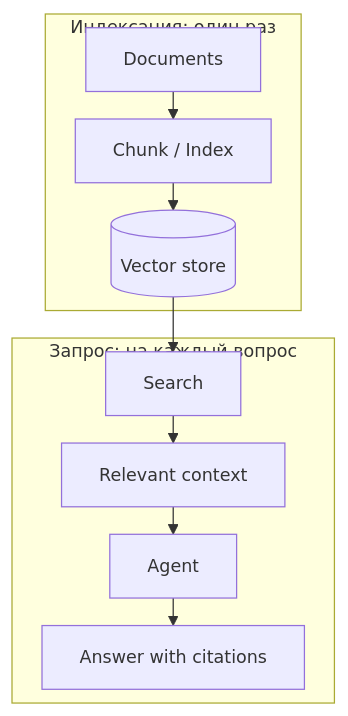
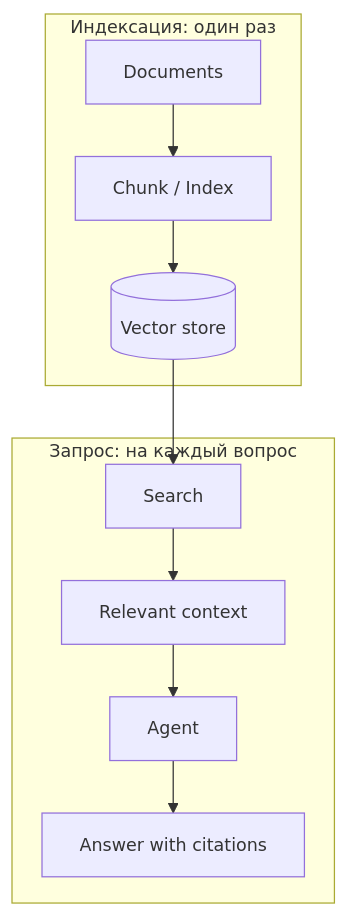
The diagram in docs/rag-lab.md (ertaipit-web/python-agent-workflow-course), drawn with Mermaid before and after one commit. The commit also changed 2 other files, not shown here.

Commit message:
Fix overlapping subgraph labels and oversized diagrams
RAG phase clusters collided with their first node at rankSpacing 22; raise it to 42
for that diagram only. Switch the three widest layouts (workflow vs agent,
single vs multi, integration two paths) from LR to TD so every diagram now fits
the reading column at its authored 14px instead of being scaled down.

````diff
--- a/docs/rag-lab.md
+++ b/docs/rag-lab.md
@@ -15,11 +15,11 @@
 ```mermaid
-%%{init: {"flowchart": {"useMaxWidth": false, "nodeSpacing": 28, "rankSpacing": 22, "wrappingWidth": 460}, "themeVariables": {"fontSize": "14px"}}}%%
+%%{init: {"flowchart": {"useMaxWidth": false, "nodeSpacing": 28, "rankSpacing": 42, "wrappingWidth": 460}, "themeVariables": {"fontSize": "14px"}}}%%
 flowchart TD
   subgraph IDX["Индексация: один раз"]
     D["Documents"] --> C["Chunk / Index"] --> V[("Vector store")]
   end
   subgraph Q["Запрос: на каждый вопрос"]
     S["Search"] --> RC["Relevant context"] --> A["Agent"] --> AW["Answer with citations"]
   end
   V --> S
 ```
````
